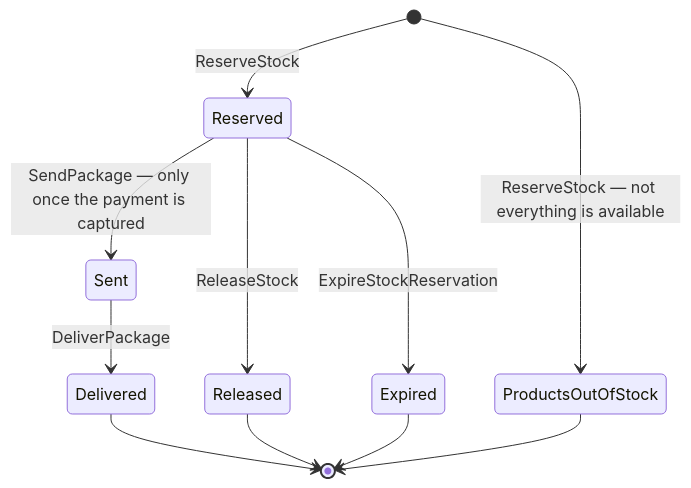
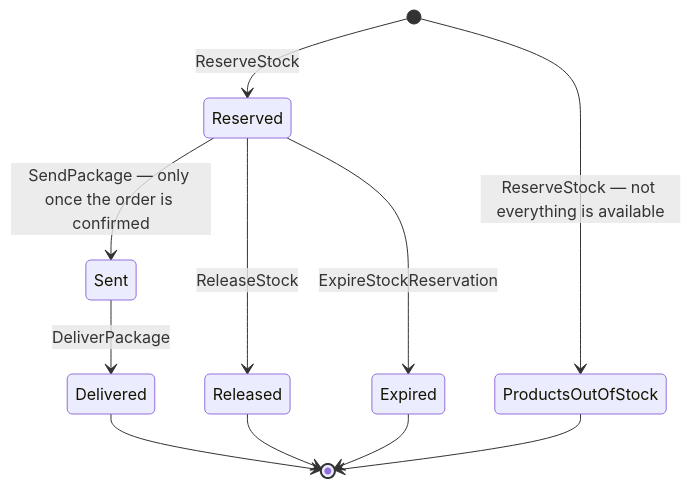
The second of 4 diagrams in samples/distributed-processes/README.md (oskardudycz/EventSourcing.JVM), drawn with Mermaid before and after one commit. The commit also changed other lines of this file and 122 other files, not shown here.

First line of the commit message:
Made external events and e-commerce flow more realistic

````diff
--- a/samples/distributed-processes/README.md
+++ b/samples/distributed-processes/README.md
@@ -231,13 +234,13 @@
 ```mermaid
 stateDiagram-v2
     [*] --> Reserved: ReserveStock
     [*] --> ProductsOutOfStock: ReserveStock — not everything is available
-    Reserved --> Sent: SendPackage — only once the payment is captured
+    Reserved --> Sent: SendPackage — only once the order is confirmed
     Reserved --> Released: ReleaseStock
     Reserved --> Expired: ExpireStockReservation
     Sent --> Delivered: DeliverPackage
     Delivered --> [*]
     Released --> [*]
     Expired --> [*]
     ProductsOutOfStock --> [*]
 ```
````
